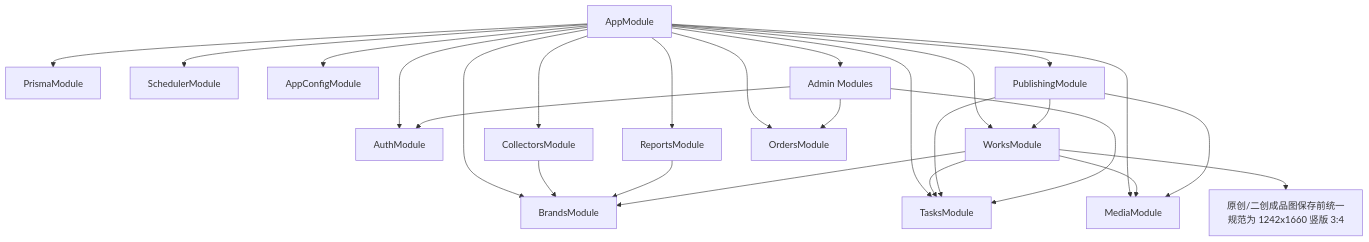
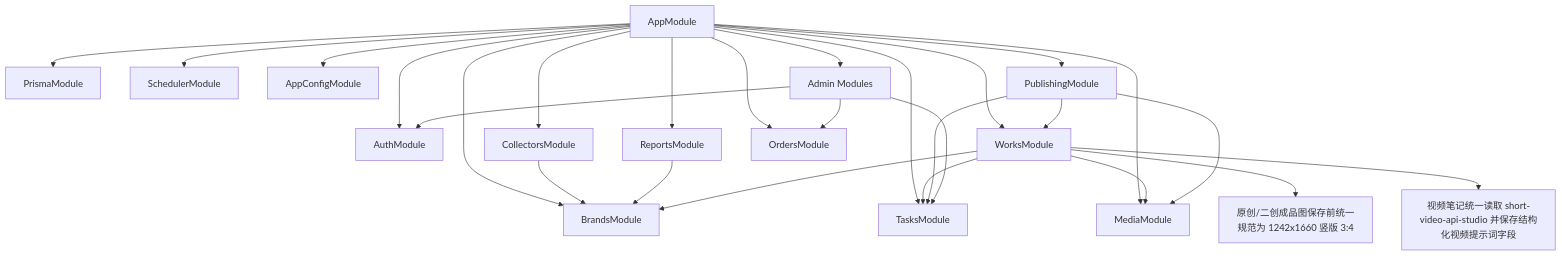
One commit to Depthukesh/ai-omni-ops-system changed the ninth of 11 diagrams in docs/site-map-mermaid.md. Above: the diagram before and after it, drawn with Mermaid. The commit also changed 7 other files, not shown here.

````diff
--- a/docs/site-map-mermaid.md
+++ b/docs/site-map-mermaid.md
@@ -365,31 +365,32 @@
 ```mermaid
 flowchart TD
     App["AppModule"]
     App --> Infra1["PrismaModule"]
     App --> Infra2["SchedulerModule"]
     App --> Infra3["AppConfigModule"]
 
     App --> M1["AuthModule"]
     App --> M2["BrandsModule"]
     App --> M3["CollectorsModule"]
     App --> M4["ReportsModule"]
     App --> M5["WorksModule"]
     App --> M6["PublishingModule"]
     App --> M7["TasksModule"]
     App --> M8["MediaModule"]
     App --> M9["OrdersModule"]
     App --> M10["Admin Modules"]
 
     M3 --> M2
     M4 --> M2
     M5 --> M2
     M5 --> M7
     M5 --> M8
     M5 --> M51["原创/二创成品图保存前统一规范为 1242x1660 竖版 3:4"]
+    M5 --> M52["视频笔记统一读取 short-video-api-studio 并保存结构化视频提示词字段"]
     M6 --> M5
     M6 --> M7
     M6 --> M8
     M10 --> M9
     M10 --> M1
     M10 --> M7
 ```
````
